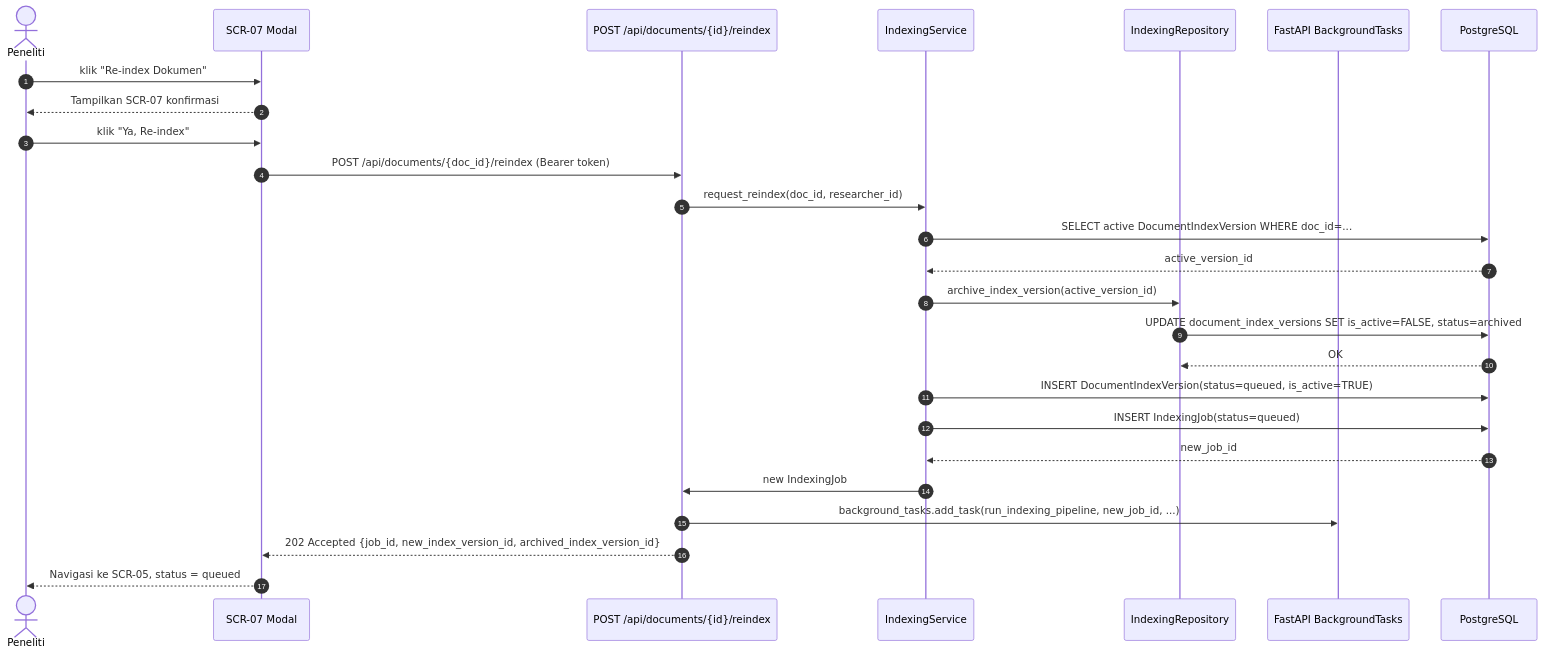
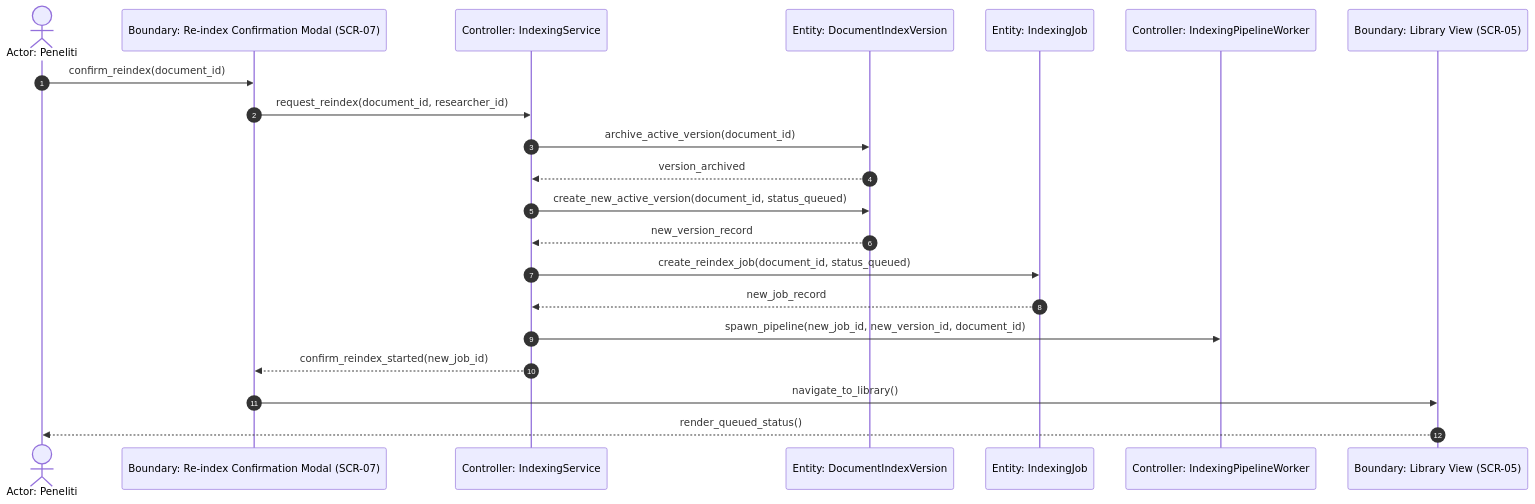
One commit to Gzaa19/Telaah changed the eighth of 10 diagrams in specs/003-document-indexing-embedding/plan.md. Above: the diagram before and after it, drawn with Mermaid. The commit also changed other lines of this file and 17 other files, not shown here.

````diff
--- a/specs/003-document-indexing-embedding/plan.md
+++ b/specs/003-document-indexing-embedding/plan.md
@@ -445,29 +585,24 @@
 ```mermaid
 sequenceDiagram
     autonumber
-    actor Researcher as Peneliti
-    participant UI as SCR-07 Modal
-    participant Router as POST /api/documents/{id}/reindex
-    participant IService as IndexingService
-    participant Repo as IndexingRepository
-    participant BgTask as FastAPI BackgroundTasks
-    participant DB as PostgreSQL
+    actor Peneliti as Actor: Peneliti
+    participant ConfirmModal as Boundary: Re-index Confirmation Modal (SCR-07)
+    participant IService as Controller: IndexingService
+    participant IndexVersion as Entity: DocumentIndexVersion
+    participant IndexJob as Entity: IndexingJob
+    participant Pipeline as Controller: IndexingPipelineWorker
+    participant LibraryUI as Boundary: Library View (SCR-05)
 
-    Researcher->>UI: klik "Re-index Dokumen"
-    UI-->>Researcher: Tampilkan SCR-07 konfirmasi
-    Researcher->>UI: klik "Ya, Re-index"
-    UI->>Router: POST /api/documents/{doc_id}/reindex (Bearer token)
-    Router->>IService: request_reindex(doc_id, researcher_id)
-    IService->>DB: SELECT active DocumentIndexVersion WHERE doc_id=...
-    DB-->>IService: active_version_id
-    IService->>Repo: archive_index_version(active_version_id)
-    Repo->>DB: UPDATE document_index_versions SET is_active=FALSE, status=archived
-    DB-->>Repo: OK
-    IService->>DB: INSERT DocumentIndexVersion(status=queued, is_active=TRUE)
-    IService->>DB: INSERT IndexingJob(status=queued)
-    DB-->>IService: new_job_id
-    IService->>Router: new IndexingJob
-    Router->>BgTask: background_tasks.add_task(run_indexing_pipeline, new_job_id, ...)
-    Router-->>UI: 202 Accepted {job_id, new_index_version_id, archived_index_version_id}
-    UI-->>Researcher: Navigasi ke SCR-05, status = queued
+    Peneliti->>ConfirmModal: confirm_reindex(document_id)
+    ConfirmModal->>IService: request_reindex(document_id, researcher_id)
+    IService->>IndexVersion: archive_active_version(document_id)
+    IndexVersion-->>IService: version_archived
+    IService->>IndexVersion: create_new_active_version(document_id, status_queued)
+    IndexVersion-->>IService: new_version_record
+    IService->>IndexJob: create_reindex_job(document_id, status_queued)
+    IndexJob-->>IService: new_job_record
+    IService->>Pipeline: spawn_pipeline(new_job_id, new_version_id, document_id)
+    IService-->>ConfirmModal: confirm_reindex_started(new_job_id)
+    ConfirmModal->>LibraryUI: navigate_to_library()
+    LibraryUI-->>Peneliti: render_queued_status()
 ```
````
